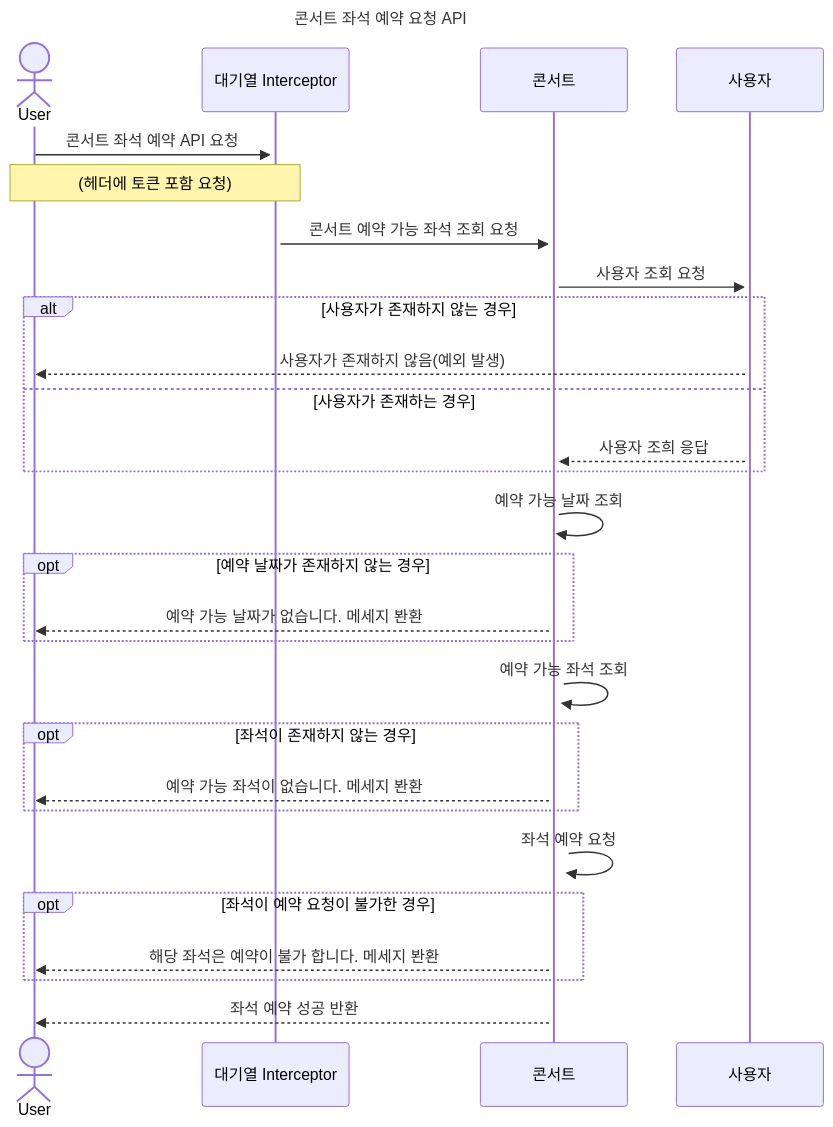
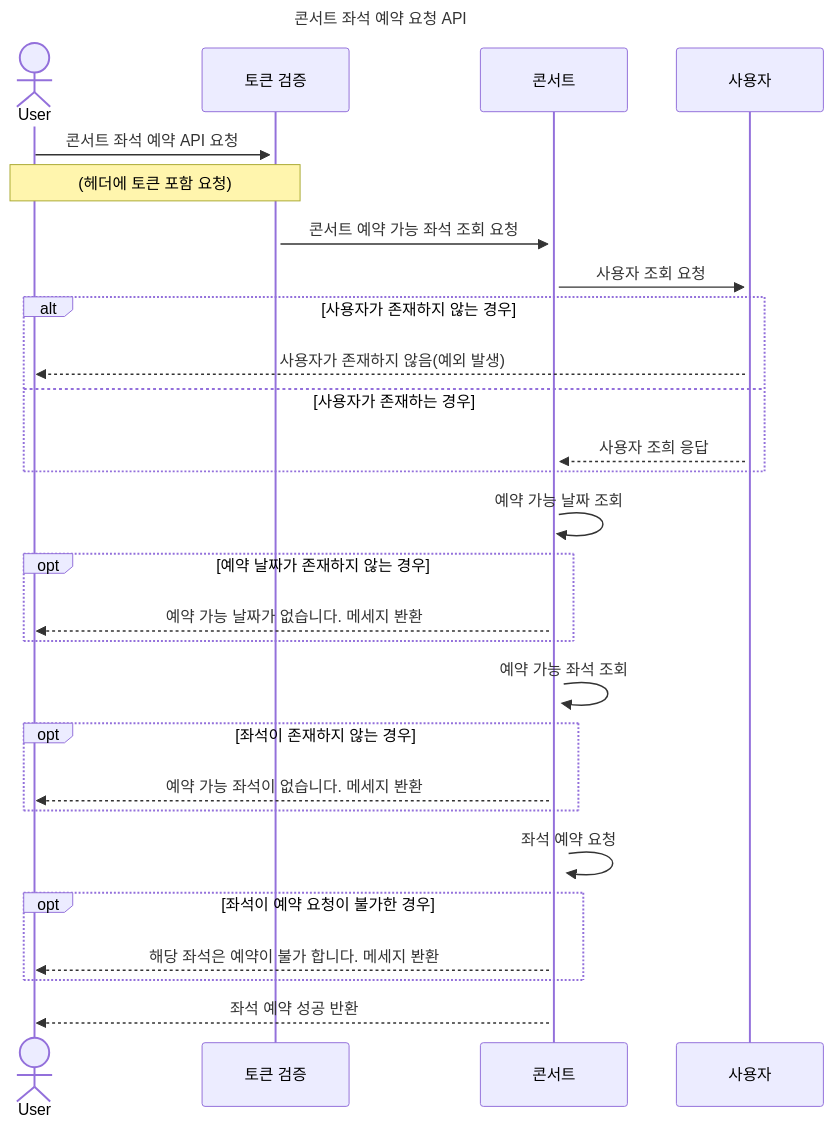
Before and after one commit to seokyHan/concert-reservation: the fourth of 9 diagrams in docs/SEQUENCE_DIAGRAM.md, drawn with Mermaid. The commit also changed other lines of this file and 2 other files, not shown here.

Commit message:
chore : ERD, yml, sequence diagram 수정

````diff
--- a/docs/SEQUENCE_DIAGRAM.md
+++ b/docs/SEQUENCE_DIAGRAM.md
@@ -95,31 +95,31 @@
 ```mermaid
 sequenceDiagram
 Actor User
-    participant 대기열 Interceptor
+    participant 토큰 검증
     participant 콘서트
     participant 사용자
     title 콘서트 좌석 예약 요청 API
 
-    User ->>+ 대기열 Interceptor: 콘서트 좌석 예약 API 요청
-    Note over User,대기열 Interceptor: (헤더에 토큰 포함 요청)
-    대기열 Interceptor ->>+ 콘서트: 콘서트 예약 가능 좌석 조회 요청
+    User ->>+ 토큰 검증: 콘서트 좌석 예약 API 요청
+    Note over User,토큰 검증: (헤더에 토큰 포함 요청)
+    토큰 검증 ->>+ 콘서트: 콘서트 예약 가능 좌석 조회 요청
     콘서트 ->>+ 사용자: 사용자 조회 요청
     alt 사용자가 존재하지 않는 경우
       사용자 -->> User: 사용자가 존재하지 않음(예외 발생)
     else 사용자가 존재하는 경우
       사용자 -->> 콘서트: 사용자 조희 응답 
     end
     콘서트 ->>+ 콘서트: 예약 가능 날짜 조회
     opt 예약 날짜가 존재하지 않는 경우
       콘서트 -->> User: 예약 가능 날짜가 없습니다. 메세지 봔환
     end 
     콘서트 ->>+ 콘서트: 예약 가능 좌석 조회
     opt 좌석이 존재하지 않는 경우
       콘서트 -->> User: 예약 가능 좌석이 없습니다. 메세지 봔환
     end 
     콘서트 ->>+ 콘서트: 좌석 예약 요청
     opt 좌석이 예약 요청이 불가한 경우
       콘서트 -->> User: 해당 좌석은 예약이 불가 합니다. 메세지 봔환
     end 
     콘서트 -->> User: 좌석 예약 성공 반환
 ```
````
